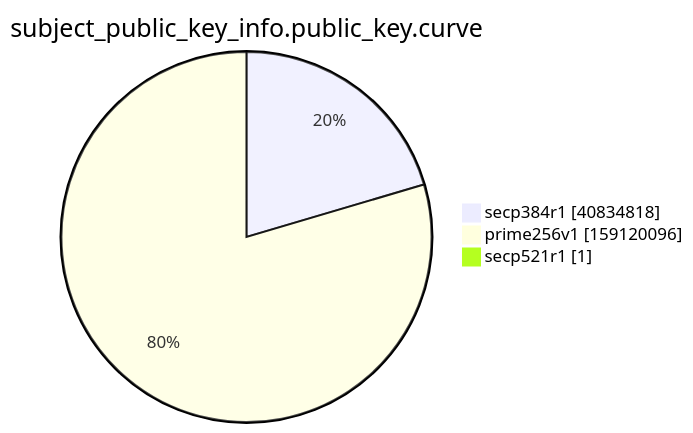
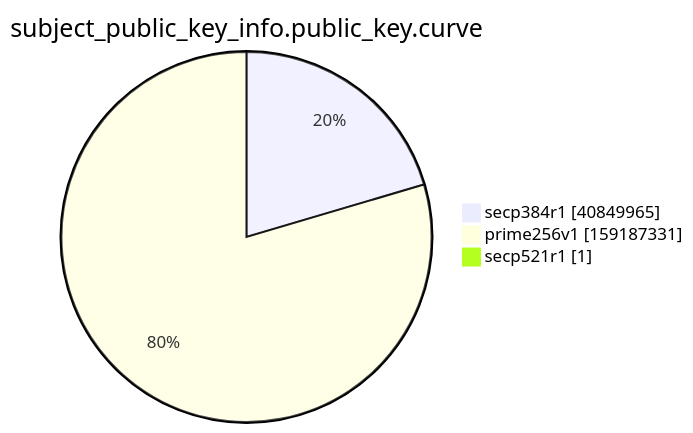
Before and after one commit to christiankrug/ctmonitor_visualization: the ninth of 15 diagrams in xenon2022/README.md, drawn with Mermaid. The commit also changed other lines of this file, not shown here.

````diff
--- a/xenon2022/README.md
+++ b/xenon2022/README.md
@@ -2867,7 +2867,7 @@
 ```mermaid
 pie showData
 title subject_public_key_info.public_key.curve
-"secp384r1" :40834818
-"prime256v1" :159120096
+"secp384r1" :40849965
+"prime256v1" :159187331
 "secp521r1" :1
 ```
````
